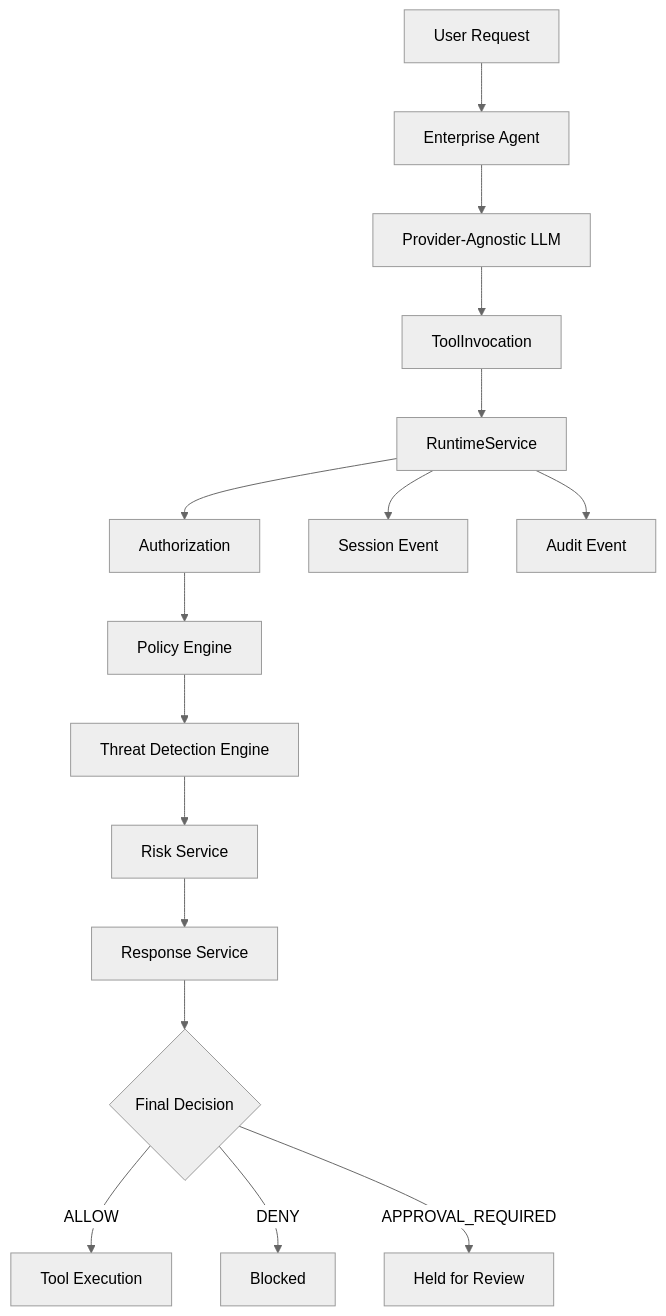
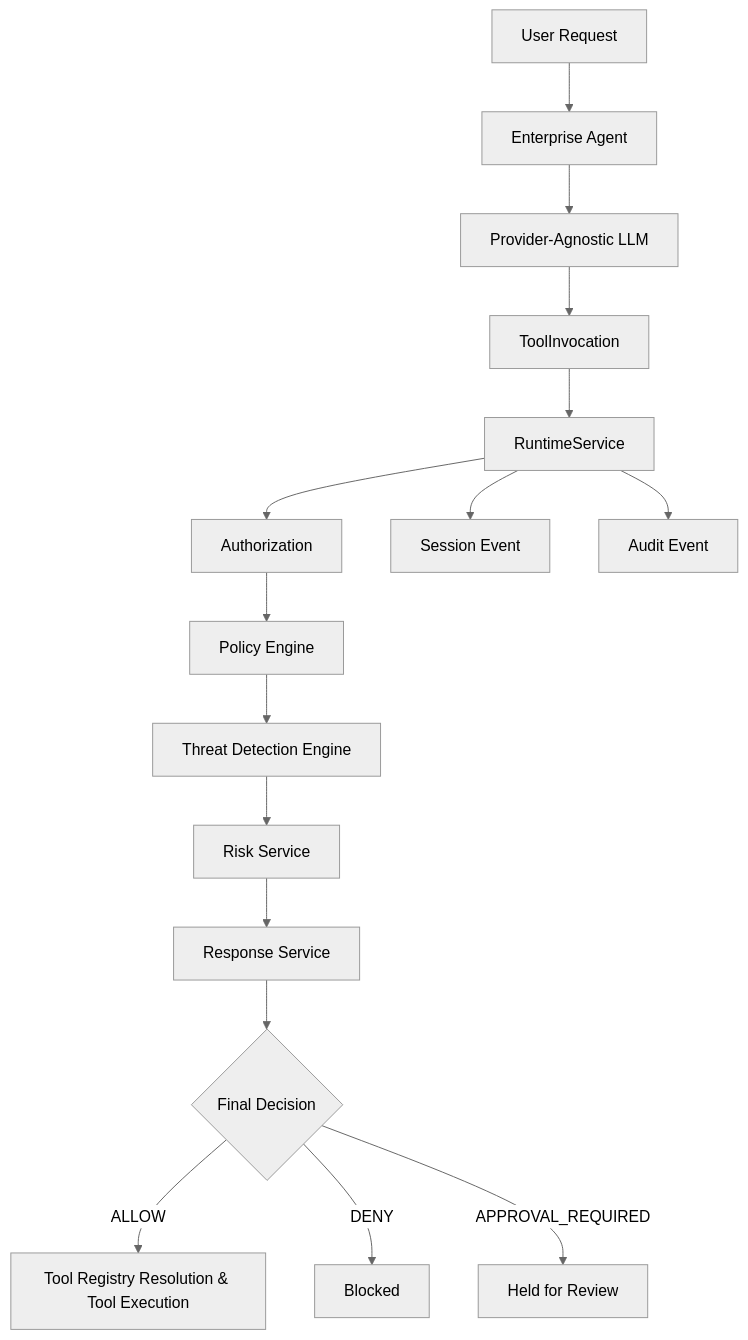
One commit to mathurshubh/enterprise-agent-security-platform changed the diagram in README.md. Above: the diagram before and after it, drawn with Mermaid (neutral theme). The commit also changed other lines of this file and 19 other files, not shown here.

````diff
--- a/README.md
+++ b/README.md
@@ -39,18 +39,18 @@
 ```mermaid
 flowchart TD
     A["User Request"] --> B["Enterprise Agent"]
     B --> C["Provider-Agnostic LLM"]
     C --> D["ToolInvocation"]
     D --> E["RuntimeService"]
     E --> F["Authorization"]
     F --> G["Policy Engine"]
     G --> H["Threat Detection Engine"]
     H --> I["Risk Service"]
     I --> J["Response Service"]
     J --> K{"Final Decision"}
-    K -->|ALLOW| L["Tool Execution"]
+    K -->|ALLOW| L["Tool Registry Resolution & Tool Execution"]
     K -->|DENY| M["Blocked"]
     K -->|APPROVAL_REQUIRED| N["Held for Review"]
     E --> O["Session Event"]
     E --> P["Audit Event"]
 ```
````
